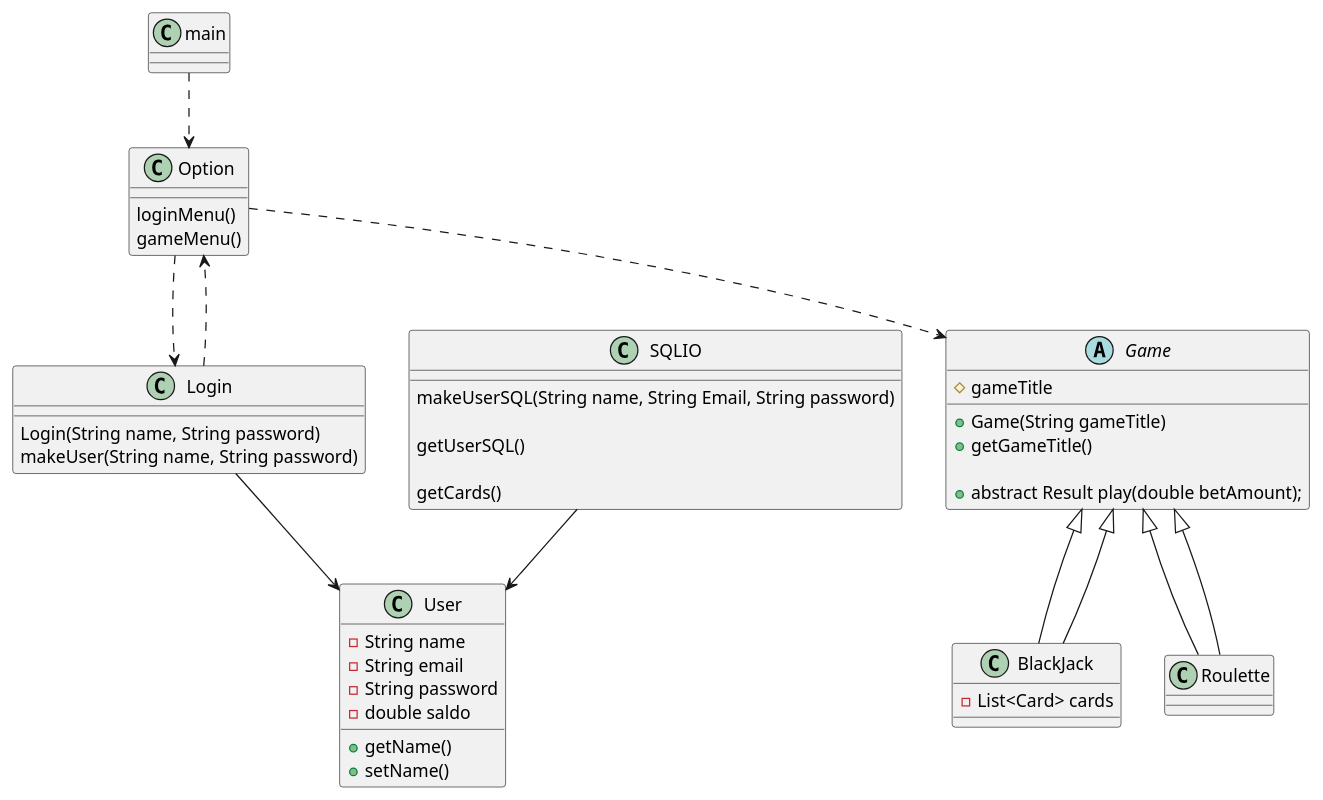
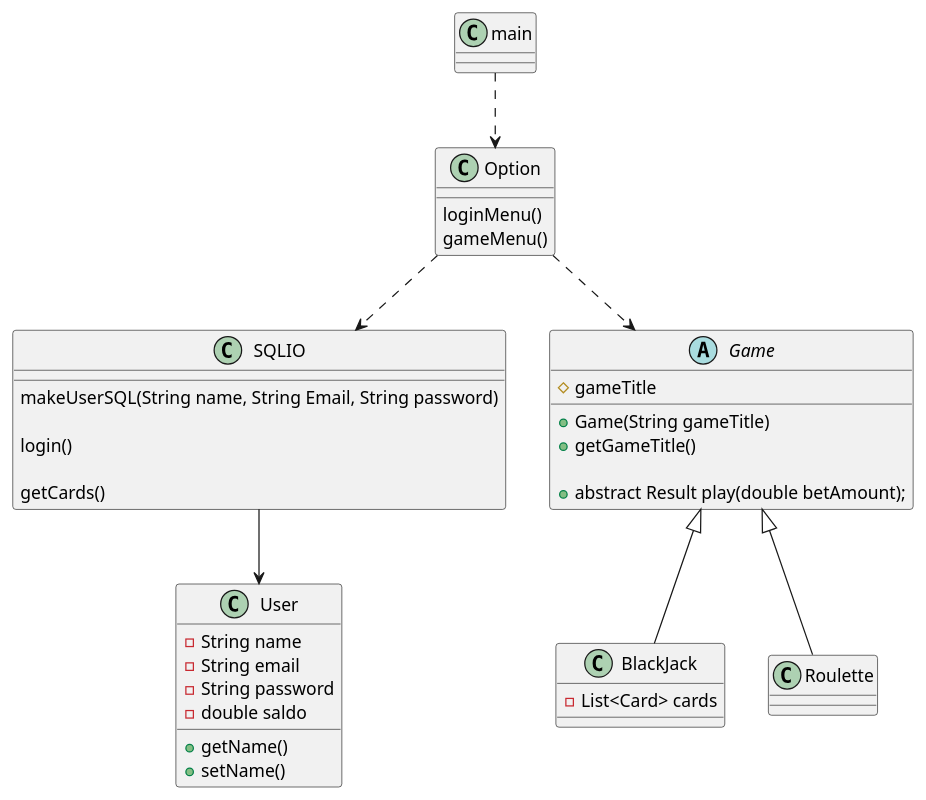
The diagram in src/Casino.puml (NicolaiFaellesskov/SP4-ICE-PROJECT), drawn with PlantUML before and after one commit. The commit also changed 9 other files, not shown here.

Commit message:
Klasse diagram Update

```diff
--- a/src/Casino.puml
+++ b/src/Casino.puml
@@ -1,72 +1,62 @@
 @startuml
 
 class main
 
 class Option{
 loginMenu()
 gameMenu()
 
 }
 
-class Login{
-
-Login(String name, String password)
-makeUser(String name, String password)
-
-}
 
 class SQLIO{
 makeUserSQL(String name, String Email, String password)
 
-getUserSQL()
+login()
 
 getCards()
 
 
 }
 class User{
 -String name
 -String email
 -String password
 -double saldo
 +getName()
 +setName()
 }
 abstract class Game{
 #gameTitle
 +Game(String gameTitle)
 +getGameTitle()
 
 + abstract Result play(double betAmount);
 
 }
 
 class BlackJack extends Game{
 -List<Card> cards
 
 
 }
 class Roulette extends Game
 
 
 main ..> Option
-Option ..> Login
-Login ..> Option
+Option ..> SQLIO
+
 Option ..> Game
-Login --> User
 SQLIO --> User
-
-BlackJack --|> Game
-Roulette --|> Game
 
 
 
 
 
 
 
 
 
 
 
 @enduml
```
